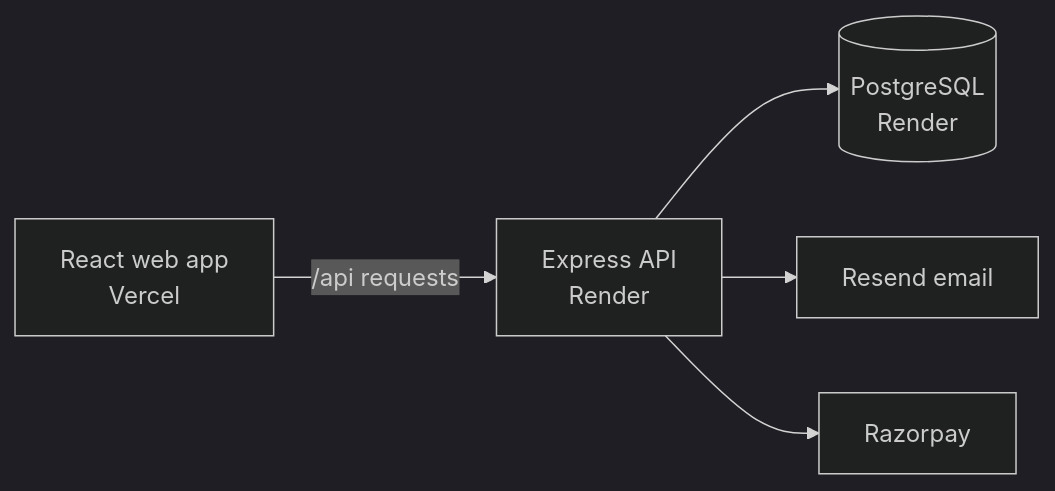
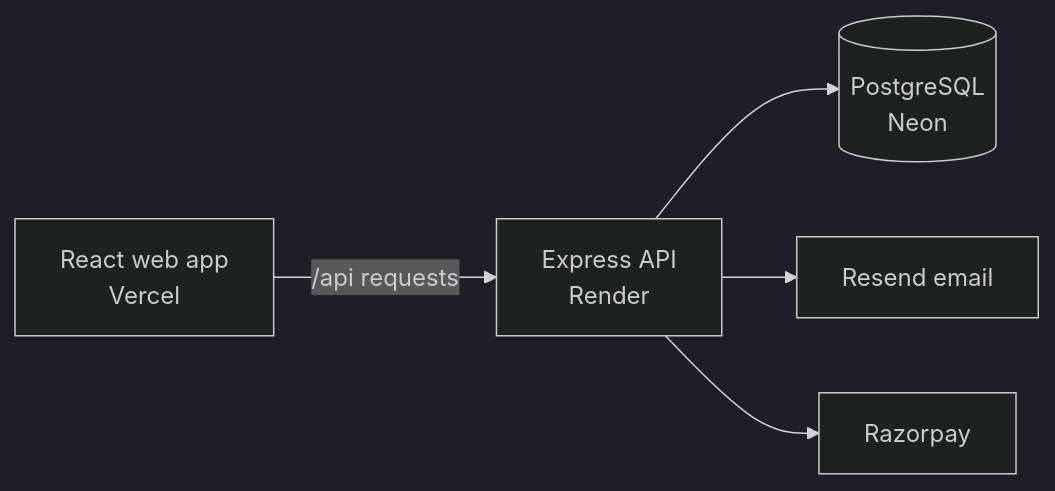
Before and after one commit to shivamvanjara/SocietyOS: the diagram in README.md, drawn with Mermaid (dark theme). The commit also changed other lines of this file and 5 other files, not shown here.

Commit message:
Configure Neon database for Render deployments

````diff
--- a/README.md
+++ b/README.md
@@ -45,7 +45,7 @@
 ```mermaid
 flowchart LR
     Browser[React web app<br/>Vercel] -->|/api requests| API[Express API<br/>Render]
-    API --> DB[(PostgreSQL<br/>Render)]
+    API --> DB[(PostgreSQL<br/>Neon)]
     API --> Mail[Resend email]
     API --> Pay[Razorpay]
 ```
````
